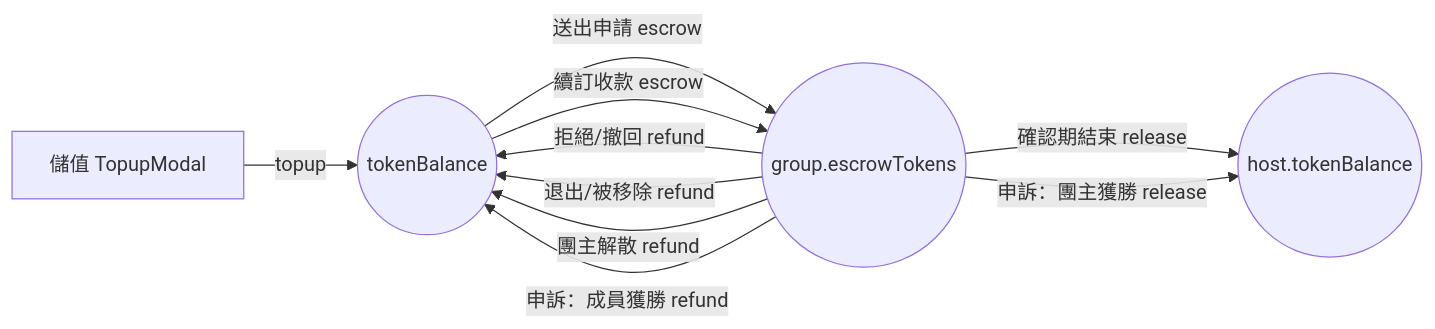
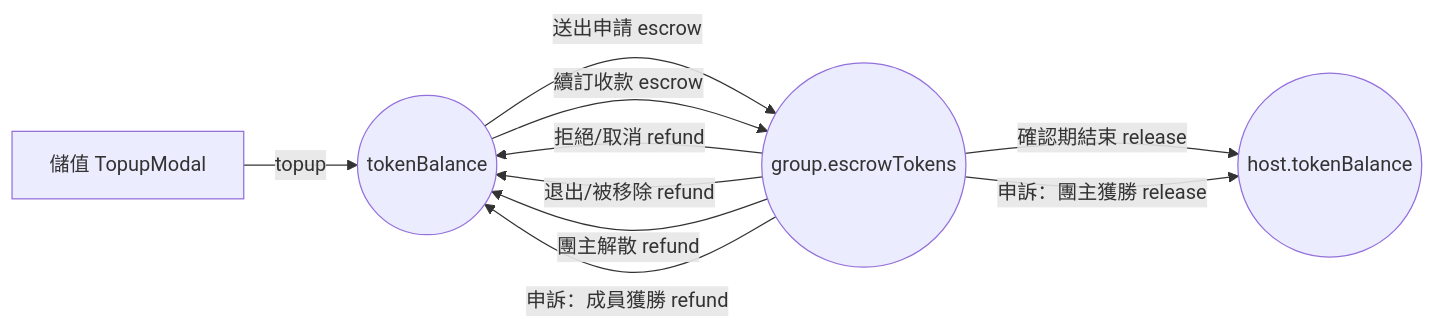
The first of 2 diagrams in docs/flows/payment-token-flow.md (s1092055/PartyMatch), drawn with Mermaid before and after one commit. The commit also changed other lines of this file and 17 other files, not shown here.

````diff
--- a/docs/flows/payment-token-flow.md
+++ b/docs/flows/payment-token-flow.md
@@ -8,12 +8,12 @@
 ```mermaid
 flowchart LR
     A[儲值 TopupModal] -->|topup| B(("tokenBalance"))
     B -->|送出申請 escrow| C(("group.escrowTokens"))
-    C -->|拒絕/撤回 refund| B
+    C -->|拒絕/取消 refund| B
     C -->|確認期結束 release| D(("host.tokenBalance"))
     C -->|退出/被移除 refund| B
     C -->|團主解散 refund| B
     C -->|申訴：成員獲勝 refund| B
     C -->|申訴：團主獲勝 release| D
     B -->|續訂收款 escrow| C
 ```
````
